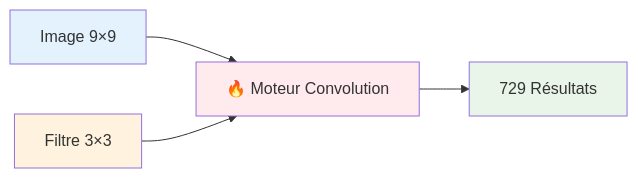
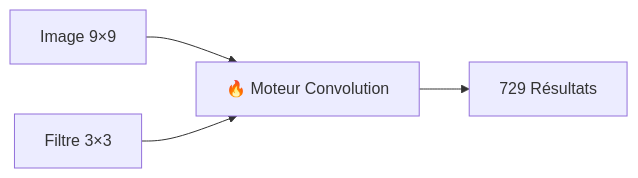
One commit to jalcim/logilib changed the first of 14 diagrams in src/tensor/README_FR.md. Above: the diagram before and after it, drawn with Mermaid. The commit also changed other lines of this file and 1 other file, not shown here.

````diff
--- a/src/tensor/README_FR.md
+++ b/src/tensor/README_FR.md
@@ -7,11 +7,7 @@
 ```mermaid
-flowchart LR
+graph LR
     A[Image 9×9] --> B[🔥 Moteur Convolution]
     C[Filtre 3×3] --> B
     B --> D[729 Résultats]
 
-    style A fill:#e3f2fd
-    style C fill:#fff3e0
-    style B fill:#ffebee
-    style D fill:#e8f5e8
 ```
````
